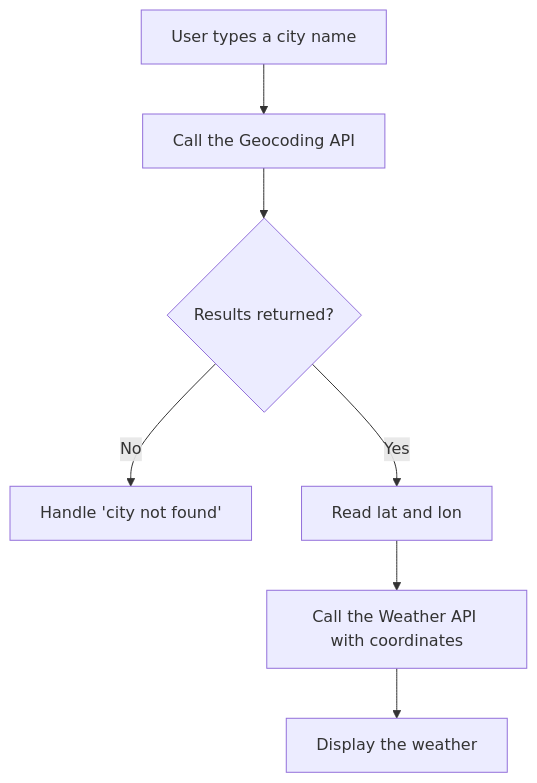
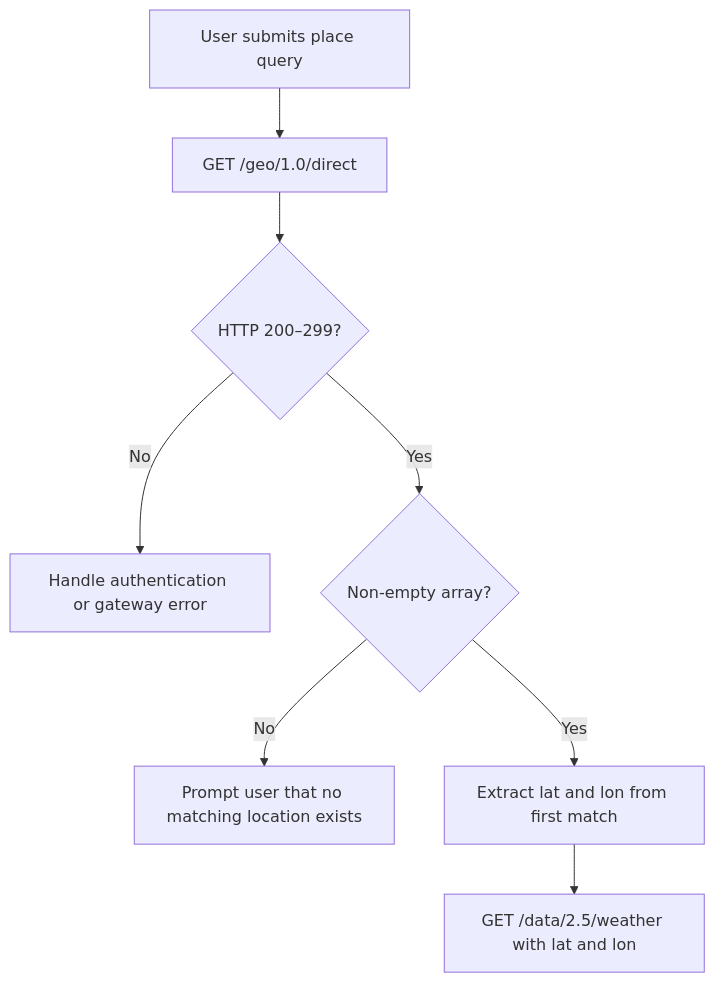
The diagram in docs/how-to/use-coordinates.md (MichelGSS/openweather-docs), drawn with Mermaid before and after one commit. The commit also changed other lines of this file and 53 other files, not shown here.

````diff
--- a/docs/how-to/use-coordinates.md
+++ b/docs/how-to/use-coordinates.md
@@ -29,9 +17,10 @@
 ```mermaid
-graph TD
-    A["User types a city name"] --> B["Call the Geocoding API"]
-    B --> C{"Results returned?"}
-    C -->|"No"| D["Handle 'city not found'"]
-    C -->|"Yes"| E["Read lat and lon"]
-    E --> F["Call the Weather API with coordinates"]
-    F --> G["Display the weather"]
+flowchart TD
+    A["User submits place query"] --> B["GET /geo/1.0/direct"]
+    B --> C{"HTTP 200–299?"}
+    C -->|"No"| D["Handle authentication or gateway error"]
+    C -->|"Yes"| E{"Non-empty array?"}
+    E -->|"No"| F["Prompt user that no matching location exists"]
+    E -->|"Yes"| G["Extract lat and lon from first match"]
+    G --> H["GET /data/2.5/weather with lat and lon"]
 ```
````
